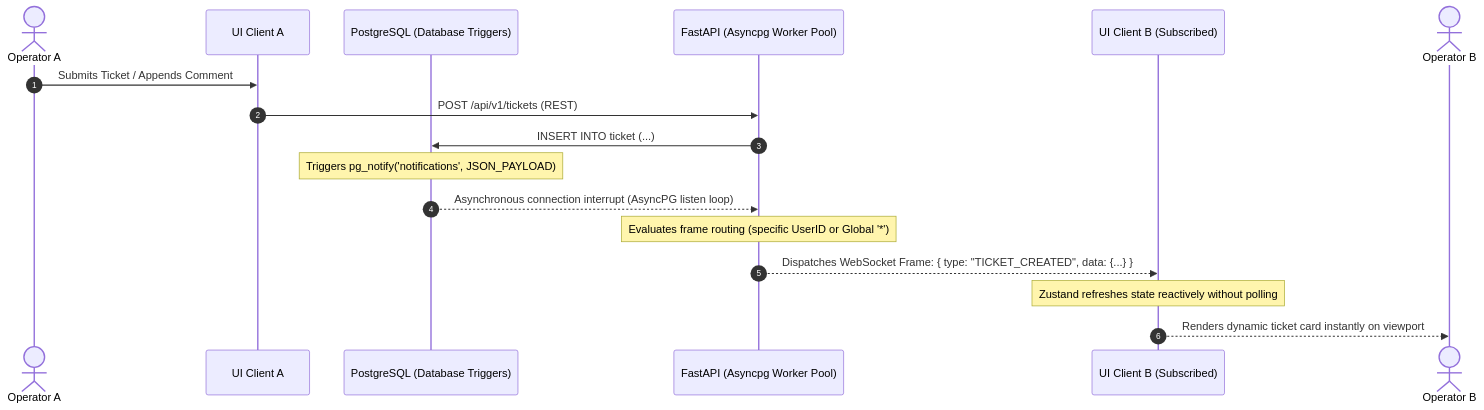
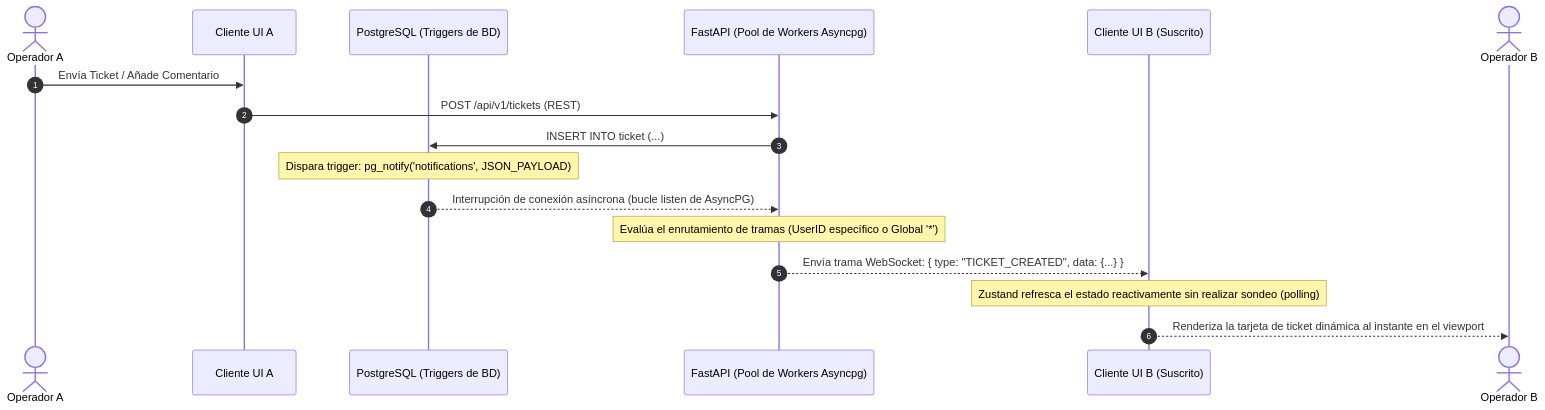
Before and after one commit to ececs/Daw-proyecto-final: the third of 4 diagrams in arquitectura.md, drawn with Mermaid. The commit also changed other lines of this file, not shown here.

Commit message:
docs: translate architecture.md to Spanish and keep English technical terms

````diff
--- a/arquitectura.md
+++ b/arquitectura.md
@@ -101,20 +101,20 @@
 ```mermaid
 sequenceDiagram
     autonumber
-    actor OpA as Operator A
-    participant FrontendA as UI Client A
-    participant DB as PostgreSQL (Database Triggers)
-    participant API as FastAPI (Asyncpg Worker Pool)
-    participant FrontendB as UI Client B (Subscribed)
-    actor OpB as Operator B
+    actor OpA as Operador A
+    participant FrontendA as Cliente UI A
+    participant DB as PostgreSQL (Triggers de BD)
+    participant API as FastAPI (Pool de Workers Asyncpg)
+    participant FrontendB as Cliente UI B (Suscrito)
+    actor OpB as Operador B
 
-    OpA->>FrontendA: Submits Ticket / Appends Comment
+    OpA->>FrontendA: Envía Ticket / Añade Comentario
     FrontendA->>API: POST /api/v1/tickets (REST)
     API->>DB: INSERT INTO ticket (...)
-    Note over DB: Triggers pg_notify('notifications', JSON_PAYLOAD)
-    DB-->>API: Asynchronous connection interrupt (AsyncPG listen loop)
-    Note over API: Evaluates frame routing (specific UserID or Global '*')
-    API-->>FrontendB: Dispatches WebSocket Frame: { type: "TICKET_CREATED", data: {...} }
-    Note over FrontendB: Zustand refreshes state reactively without polling
-    FrontendB-->>OpB: Renders dynamic ticket card instantly on viewport
+    Note over DB: Dispara trigger: pg_notify('notifications', JSON_PAYLOAD)
+    DB-->>API: Interrupción de conexión asíncrona (bucle listen de AsyncPG)
+    Note over API: Evalúa el enrutamiento de tramas (UserID específico o Global '*')
+    API-->>FrontendB: Envía trama WebSocket: { type: "TICKET_CREATED", data: {...} }
+    Note over FrontendB: Zustand refresca el estado reactivamente sin realizar sondeo (polling)
+    FrontendB-->>OpB: Renderiza la tarjeta de ticket dinámica al instante en el viewport
 ```
````
